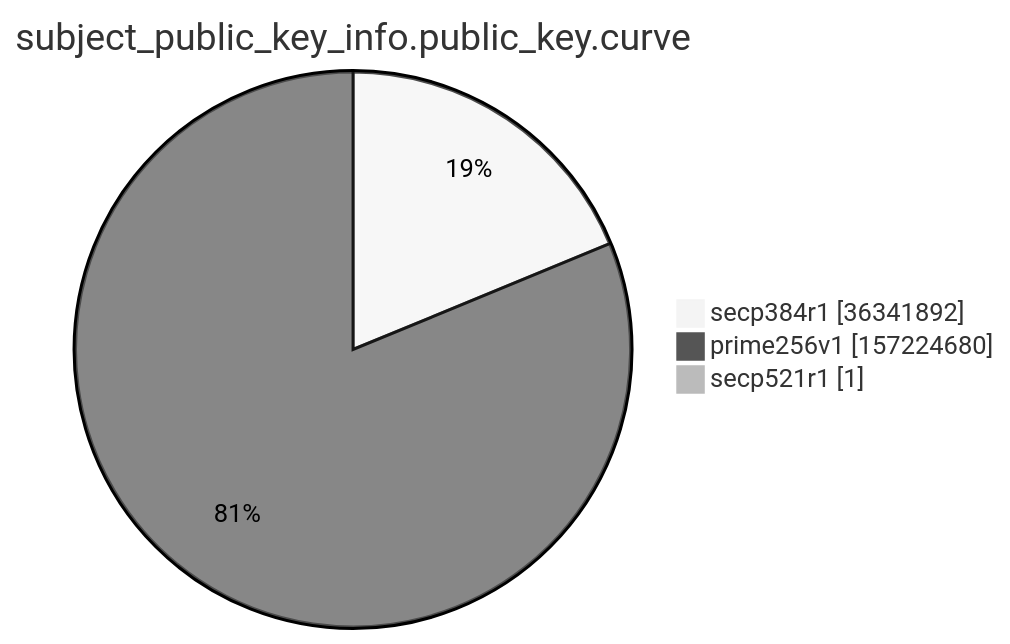
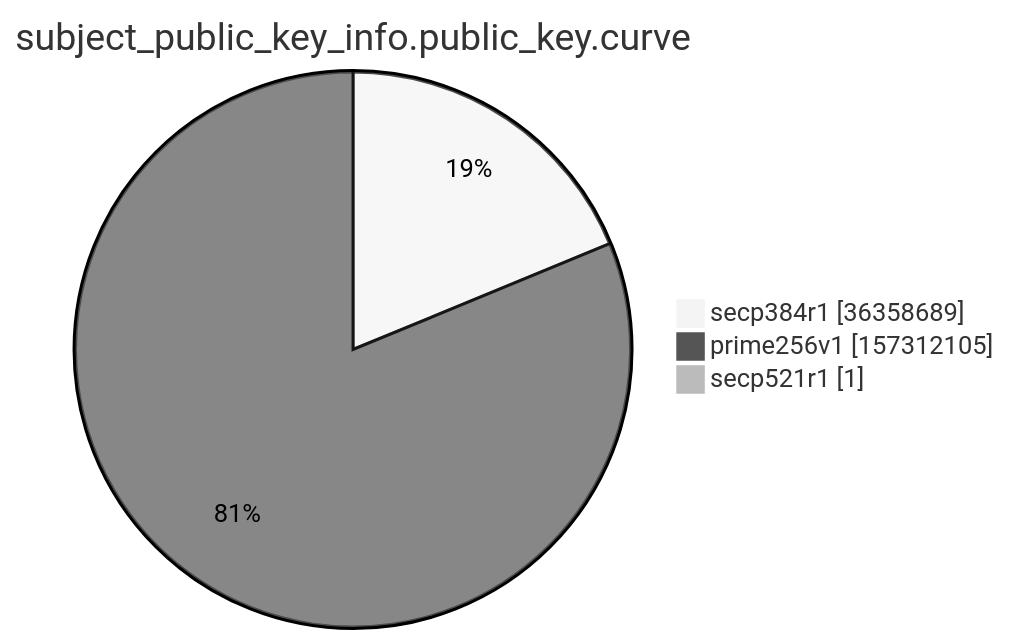
The ninth of 15 diagrams in argon2022/README.md (christiankrug/ctmonitor_visualization), drawn with Mermaid (neutral theme) before and after one commit. The commit also changed other lines of this file, not shown here.

````diff
--- a/argon2022/README.md
+++ b/argon2022/README.md
@@ -2766,7 +2766,7 @@
 ```mermaid
 pie showData
 title subject_public_key_info.public_key.curve
-"secp384r1" :36341892
-"prime256v1" :157224680
+"secp384r1" :36358689
+"prime256v1" :157312105
 "secp521r1" :1
 ```
````
